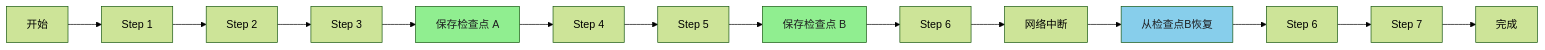
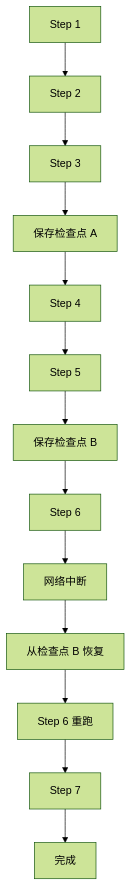
Before and after one commit to Shyu-x/frontend-interview: the second of 8 diagrams in docs/agent/frameworks/langgraph-checkpointing.md, drawn with Mermaid (forest theme). The commit also changed other lines of this file and 58 other files, not shown here.

````diff
--- a/docs/agent/frameworks/langgraph-checkpointing.md
+++ b/docs/agent/frameworks/langgraph-checkpointing.md
@@ -32,19 +56,15 @@
 ```mermaid
-flowchart LR
-    A[开始] --> B[Step 1]
-    B --> C[Step 2]
-    C --> D[Step 3]
-    D --> E[保存检查点 A]
-    E --> F[Step 4]
-    F --> G[Step 5]
-    G --> H[保存检查点 B]
-    H --> I[Step 6]
-    I --> J[网络中断]
-    J --> K[从检查点B恢复]
-    K --> L[Step 6]
-    L --> M[Step 7]
-    M --> N[完成]
-    style E fill:#90EE90,color:#1d1d1f
-    style H fill:#90EE90,color:#1d1d1f
-    style K fill:#87CEEB,color:#1d1d1f
+flowchart TD
+    S1["Step 1"] --> S2["Step 2"]
+    S2 --> S3["Step 3"]
+    S3 --> CP1["保存检查点 A"]
+    CP1 --> S4["Step 4"]
+    S4 --> S5["Step 5"]
+    S5 --> CP2["保存检查点 B"]
+    CP2 --> S6["Step 6"]
+    S6 --> X["网络中断"]
+    X --> R["从检查点 B 恢复"]
+    R --> S6B["Step 6 重跑"]
+    S6B --> S7["Step 7"]
+    S7 --> DONE["完成"]
 ```
````
